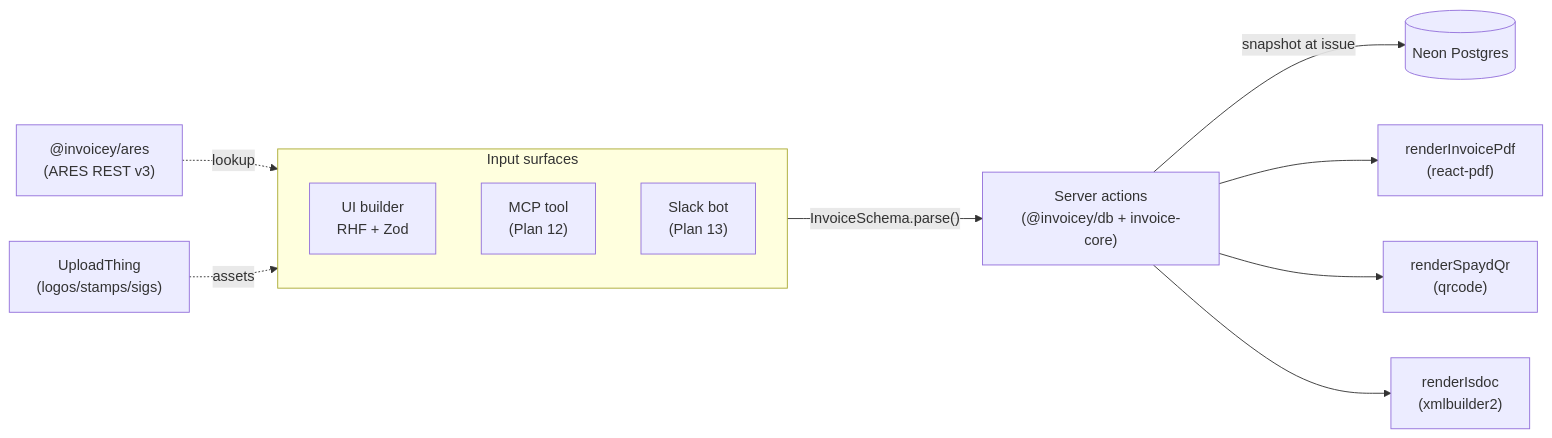
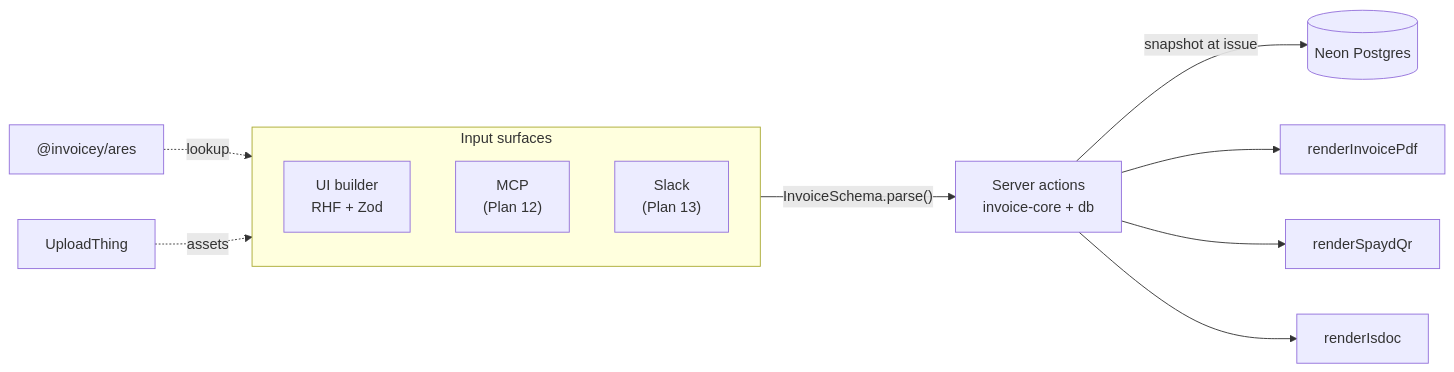
The first of 2 diagrams in README.md (filipditrich/inveoiceyai), drawn with Mermaid before and after one commit. The commit also changed other lines of this file, not shown here.

````diff
--- a/README.md
+++ b/README.md
@@ -53,18 +71,18 @@
 ```mermaid
 flowchart LR
     subgraph Surfaces [Input surfaces]
         UI["UI builder<br/>RHF + Zod"]
-        MCP["MCP tool<br/>(Plan 12)"]
-        Slack["Slack bot<br/>(Plan 13)"]
+        MCP["MCP<br/>(Plan 12)"]
+        Slack["Slack<br/>(Plan 13)"]
     end
 
-    Surfaces -->|"InvoiceSchema.parse()"| SA["Server actions<br/>(@invoicey/db + invoice-core)"]
+    Surfaces -->|"InvoiceSchema.parse()"| SA["Server actions<br/>invoice-core + db"]
     SA -->|"snapshot at issue"| DB[("Neon Postgres")]
 
-    SA --> PDF["renderInvoicePdf<br/>(react-pdf)"]
-    SA --> QR["renderSpaydQr<br/>(qrcode)"]
-    SA --> ISDOC["renderIsdoc<br/>(xmlbuilder2)"]
+    SA --> PDF["renderInvoicePdf"]
+    SA --> QR["renderSpaydQr"]
+    SA --> ISDOC["renderIsdoc"]
 
-    Ares["@invoicey/ares<br/>(ARES REST v3)"] -.lookup.-> Surfaces
-    UT["UploadThing<br/>(logos/stamps/sigs)"] -.assets.-> Surfaces
+    Ares["@invoicey/ares"] -.lookup.-> Surfaces
+    UT["UploadThing"] -.assets.-> Surfaces
 ```
````
